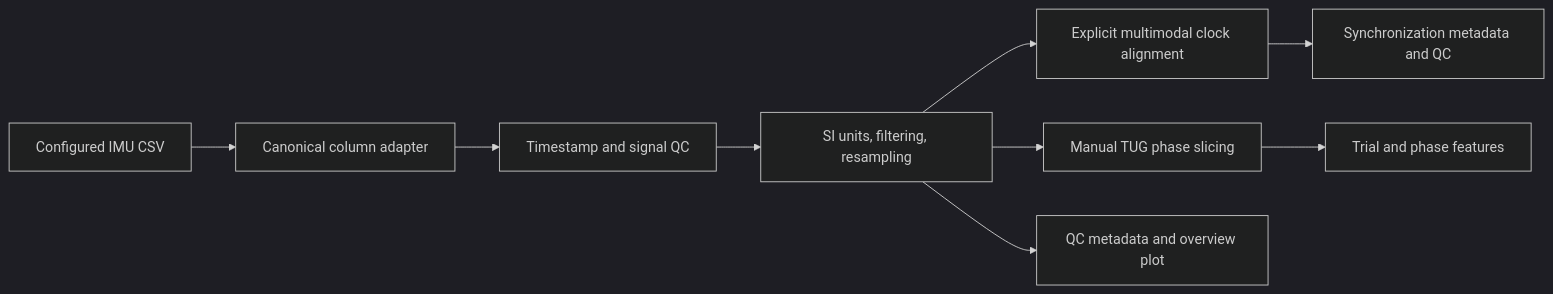
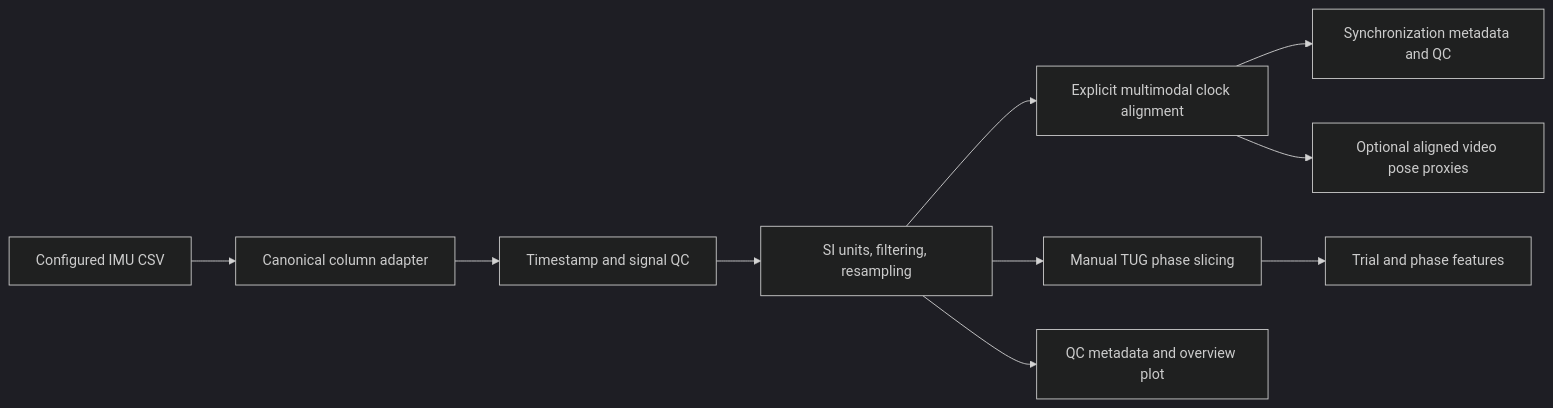
One commit to bsddp/multimodal-tugdt changed the diagram in README.md. Above: the diagram before and after it, drawn with Mermaid (dark theme). The commit also changed other lines of this file and 16 other files, not shown here.

````diff
--- a/README.md
+++ b/README.md
@@ -185,11 +208,12 @@
 ```mermaid
 flowchart LR
     A["Configured IMU CSV"] --> B["Canonical column adapter"]
     B --> C["Timestamp and signal QC"]
     C --> D["SI units, filtering, resampling"]
     D --> E["Explicit multimodal clock alignment"]
     E --> H["Synchronization metadata and QC"]
+    E --> J["Optional aligned video pose proxies"]
     D --> I["Manual TUG phase slicing"]
     I --> F["Trial and phase features"]
     D --> G["QC metadata and overview plot"]
 ```
````
